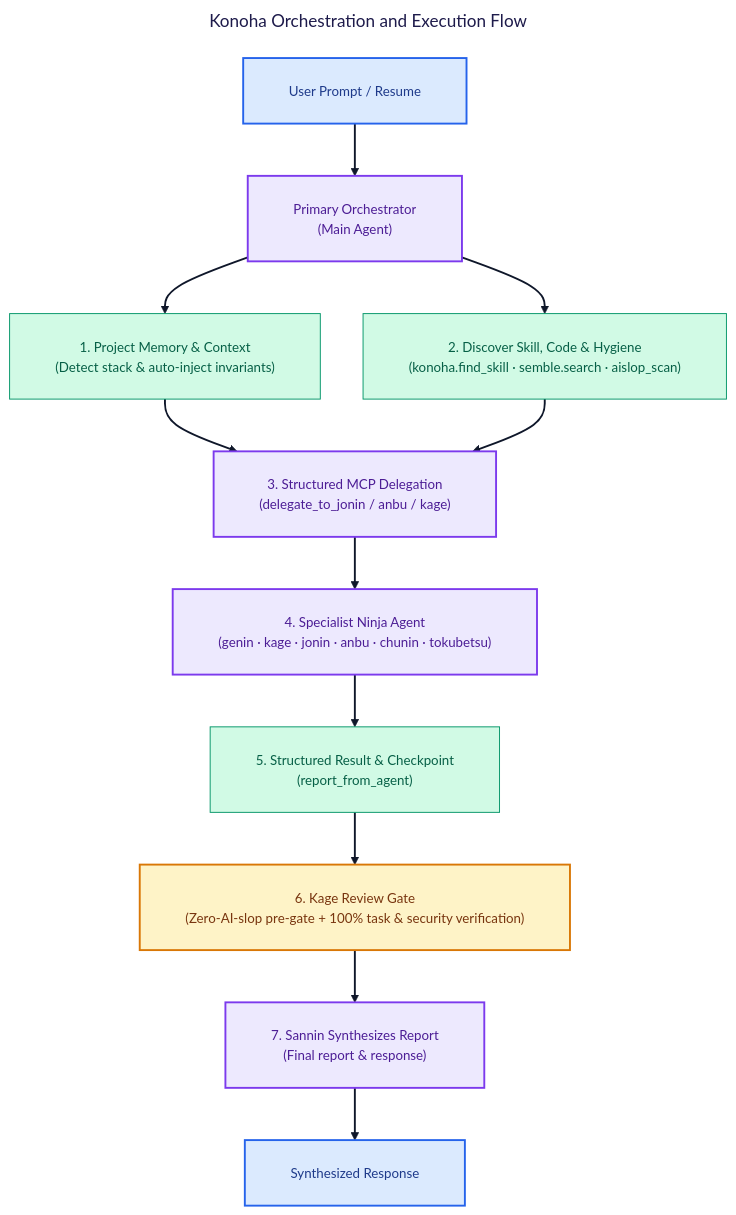
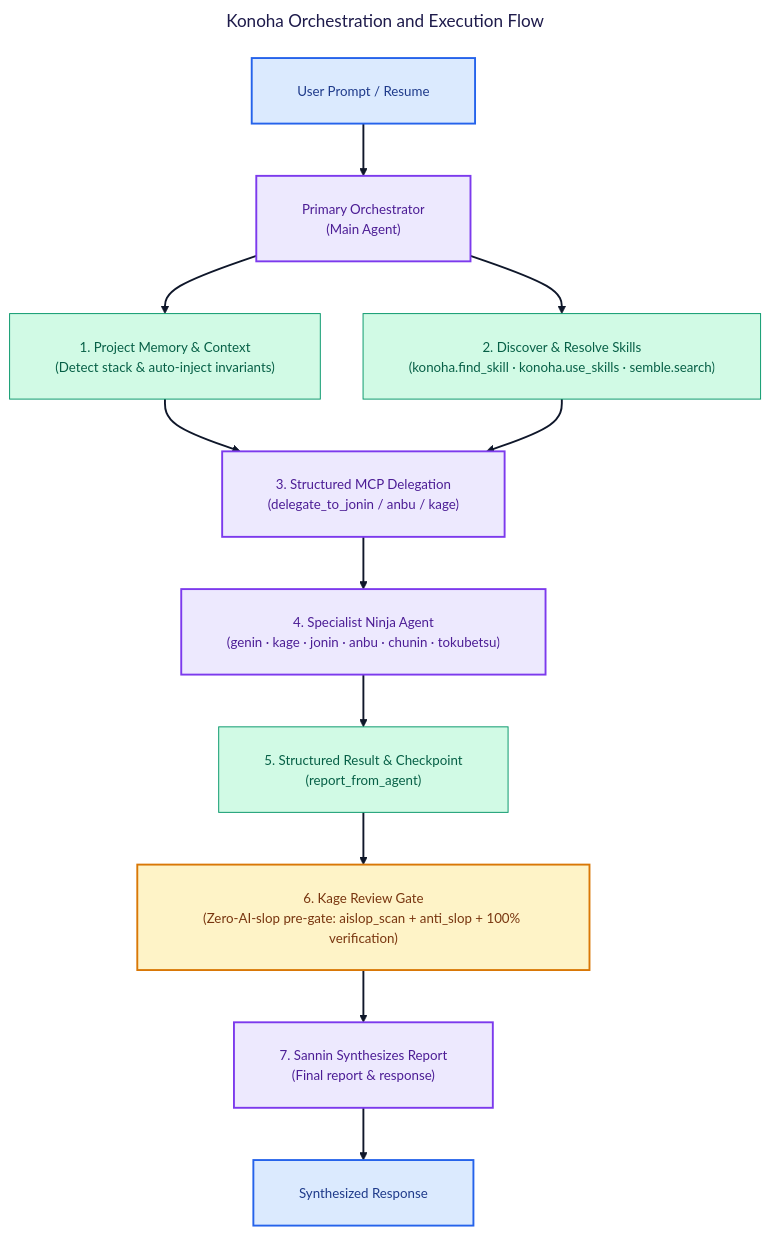
Before and after one commit to andycungkrinx91/konoha: the first of 3 diagrams in README.md, drawn with Mermaid. The commit also changed other lines of this file and 105 other files, not shown here.

Commit message:
chore(release): v2.1.14 - accurate use_skills, anti_slop gate, canonical skills parity, and human document design layer

````diff
--- a/README.md
+++ b/README.md
@@ -370,46 +370,46 @@
 ```mermaid
 ---
 title: Konoha Orchestration and Execution Flow
 config:
   theme: base
   themeVariables:
     background: '#ffffff'
     mainBkg: '#ffffff'
     primaryColor: '#ede9fe'
     primaryTextColor: '#1e1b4b'
     primaryBorderColor: '#7c3aed'
     lineColor: '#0f172a'
     arrowheadColor: '#0f172a'
     secondaryColor: '#d1fae5'
     tertiaryColor: '#dbeafe'
     fontFamily: 'Inter, system-ui, sans-serif'
     fontSize: '14px'
   flowchart:
     nodeSpacing: 45
     rankSpacing: 55
     padding: 24
     wrappingWidth: 380
 ---
 flowchart TB
     Prompt["User Prompt / Resume"] --> Orchestrator["Primary Orchestrator<br/>(Main Agent)"]
     Orchestrator --> Context["1. Project Memory & Context<br/>(Detect stack & auto-inject invariants)"]
-    Orchestrator --> Discover["2. Discover Skill, Code & Hygiene<br/>(konoha.find_skill · semble.search · aislop_scan)"]
+    Orchestrator --> Discover["2. Discover & Resolve Skills<br/>(konoha.find_skill · konoha.use_skills · semble.search)"]
     Context --> Delegate["3. Structured MCP Delegation<br/>(delegate_to_jonin / anbu / kage)"]
     Discover --> Delegate
     Delegate --> Agent["4. Specialist Ninja Agent<br/>(genin · kage · jonin · anbu · chunin · tokubetsu)"]
     Agent --> Report["5. Structured Result & Checkpoint<br/>(report_from_agent)"]
-    Report --> Review["6. Kage Review Gate<br/>(Zero-AI-slop pre-gate + 100% task & security verification)"]
+    Report --> Review["6. Kage Review Gate<br/>(Zero-AI-slop pre-gate: aislop_scan + anti_slop + 100% verification)"]
     Review --> Synthesize["7. Sannin Synthesizes Report<br/>(Final report & response)"]
     Synthesize --> Response["Synthesized Response"]
 
     linkStyle default stroke:#0f172a,stroke-width:2px;
     classDef user fill:#dbeafe,stroke:#2563eb,color:#1e3a8a,stroke-width:2px
     classDef orchestration fill:#ede9fe,stroke:#7c3aed,color:#4c1d95,stroke-width:2px
     classDef mcp fill:#d1fae5,stroke:#059669,color:#065f46
     classDef review fill:#fef3c7,stroke:#d97706,color:#78350f,stroke-width:2px
     class Prompt,Response user
     class Orchestrator,Synthesize orchestration
     class Context,Discover,Report mcp
     class Review review
     class Delegate,Agent orchestration
 ```
````
